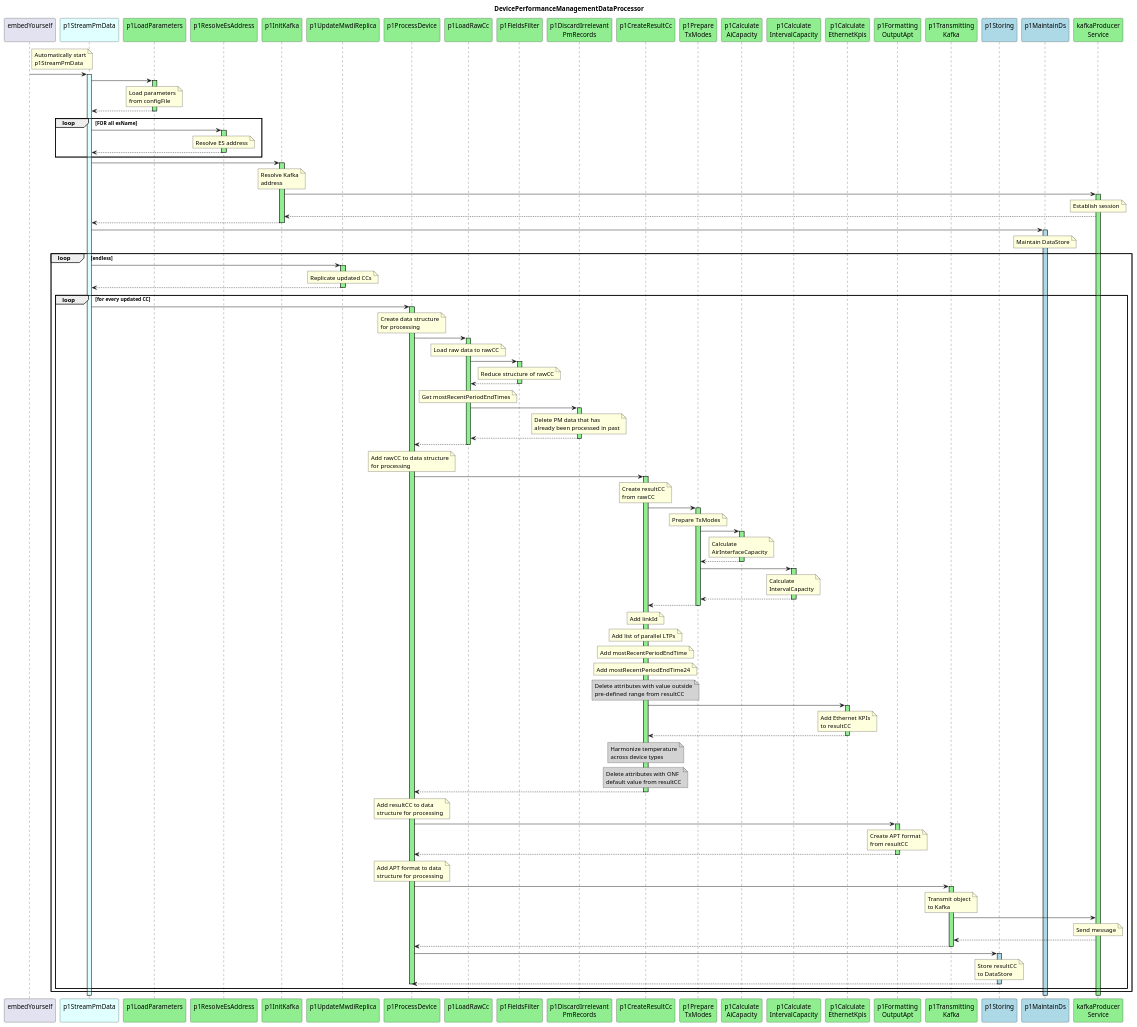
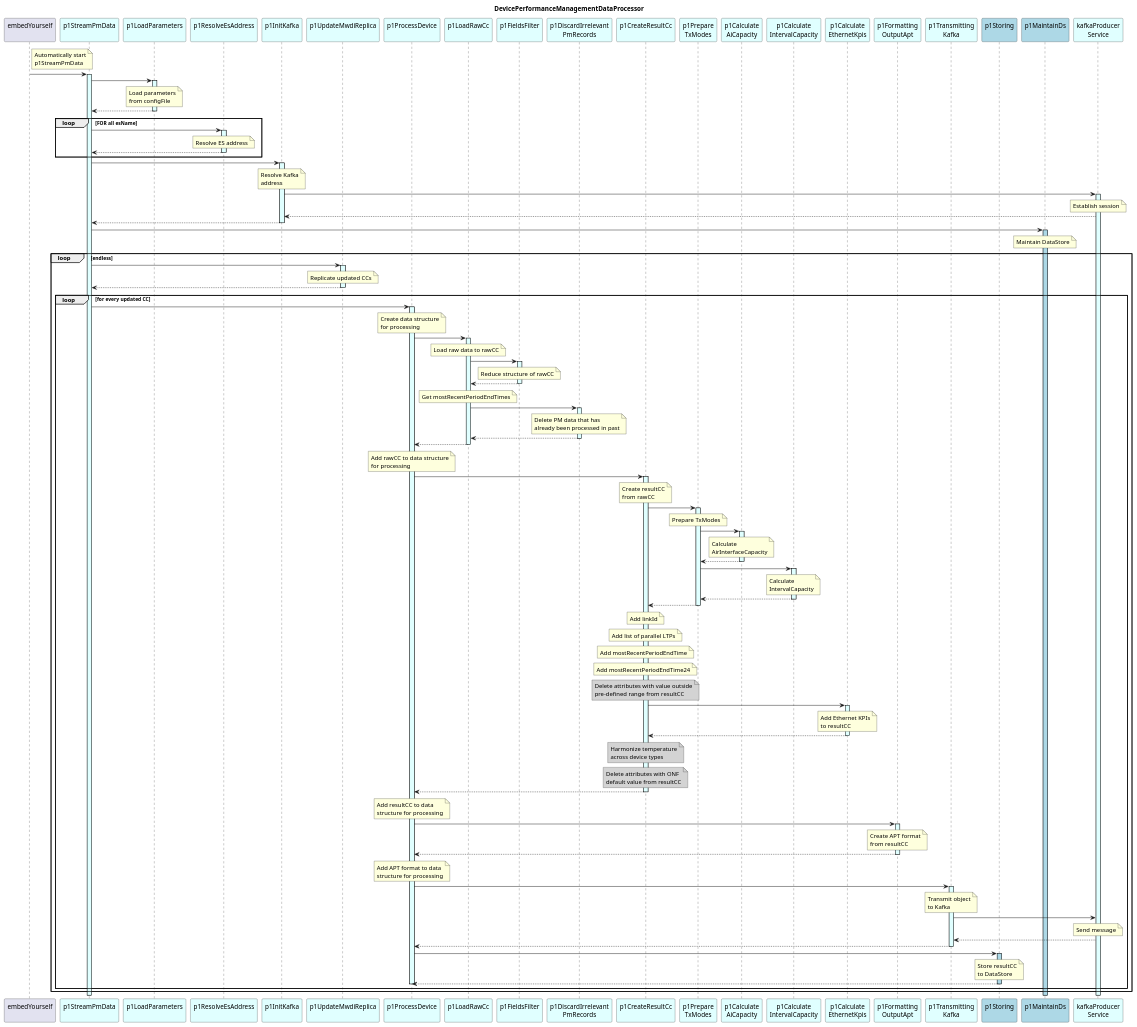
One commit to openBackhaul/DevicePerformanceManagementDataProcessor changed the diagram in spec/diagrams/hl_sequence.plantuml. Above: the diagram before and after it, drawn with PlantUML. The commit also changed 14 other files, not shown here.

```diff
--- a/spec/diagrams/hl_sequence.plantuml
+++ b/spec/diagrams/hl_sequence.plantuml
@@ -7,31 +7,31 @@
 
 participant "embedYourself\n" as embed
 participant "p1StreamPmData\n" as p1RMWDI #LightCyan
-participant "p1LoadParameters\n" as p1LoadParams #LightGreen
-participant "p1ResolveEsAddress\n" as p1REA #LightGreen
-participant "p1InitKafka\n" as p1InitKafka #LightGreen
-participant "p1UpdateMwdiReplica\n" as p1UMR #LightGreen
+participant "p1LoadParameters\n" as p1LoadParams #LightCyan
+participant "p1ResolveEsAddress\n" as p1REA #LightCyan
+participant "p1InitKafka\n" as p1InitKafka #LightCyan
+participant "p1UpdateMwdiReplica\n" as p1UMR #LightCyan
 
-participant "p1ProcessDevice\n" as p1ProcessPm #LightGreen
+participant "p1ProcessDevice\n" as p1ProcessPm #LightCyan
 
-participant "p1LoadRawCc\n" as p1AddRaw #LightGreen
-participant "p1FieldsFilter\n" as p1FieldsFilter #LightGreen
-participant "p1DiscardIrrelevant\nPmRecords" as filterPm #LightGreen
+participant "p1LoadRawCc\n" as p1AddRaw #LightCyan
+participant "p1FieldsFilter\n" as p1FieldsFilter #LightCyan
+participant "p1DiscardIrrelevant\nPmRecords" as filterPm #LightCyan
 
-participant "p1CreateResultCc\n" as p1CreateResultCC #LightGreen
-participant "p1Prepare\nTxModes" as prepTxModes #LightGreen
-participant "p1Calculate\nAiCapacity" as aiCC #LightGreen
-participant "p1Calculate\nIntervalCapacity" as intCC #LightGreen
-participant "p1Calculate\nEthernetKpis" as p1EthKpi #LightGreen
+participant "p1CreateResultCc\n" as p1CreateResultCC #LightCyan
+participant "p1Prepare\nTxModes" as prepTxModes #LightCyan
+participant "p1Calculate\nAiCapacity" as aiCC #LightCyan
+participant "p1Calculate\nIntervalCapacity" as intCC #LightCyan
+participant "p1Calculate\nEthernetKpis" as p1EthKpi #LightCyan
 
-participant "p1Formatting\nOutputApt" as p1Output #LightGreen
+participant "p1Formatting\nOutputApt" as p1Output #LightCyan
 
-participant "p1Transmitting\nKafka" as p1Trans #LightGreen
+participant "p1Transmitting\nKafka" as p1Trans #LightCyan
 
 participant "p1Storing\n" as p1Store #LightBlue
 participant "p1MaintainDs\n" as p1MDS #LightBlue
 
-participant "kafkaProducer\nService" as kafkaProd #LightGreen
+participant "kafkaProducer\nService" as kafkaProd #LightCyan
 
 note right embed
   Automatically start
@@ -43,7 +43,7 @@
 activate p1RMWDI #LightCyan
 
   p1RMWDI -> p1LoadParams
-  activate p1LoadParams #LightGreen
+  activate p1LoadParams #LightCyan
     note over p1LoadParams
       Load parameters
       from configFile
@@ -53,7 +53,7 @@
 
   Loop FOR all esName
     p1RMWDI -> p1REA
-    activate p1REA #LightGreen
+    activate p1REA #LightCyan
       note over p1REA
         Resolve ES address
       end note
@@ -63,7 +63,7 @@
   end Loop
 
   p1RMWDI -> p1InitKafka
-  activate p1InitKafka #LightGreen
+  activate p1InitKafka #LightCyan
 
     note over p1InitKafka
       Resolve Kafka
@@ -71,7 +71,7 @@
     end note
 
     p1InitKafka -> kafkaProd
-    activate kafkaProd #LightGreen
+    activate kafkaProd #LightCyan
       note over kafkaProd
         Establish session
       end note
@@ -89,7 +89,7 @@
   Loop endless
 
     p1RMWDI -> p1UMR
-    activate p1UMR #LightGreen
+    activate p1UMR #LightCyan
       note over p1UMR
         Replicate updated CCs
       end note
@@ -99,7 +99,7 @@
     Loop for every updated CC
 
       p1RMWDI -> p1ProcessPm
-      activate p1ProcessPm #LightGreen
+      activate p1ProcessPm #LightCyan
 
         note over p1ProcessPm
           Create data structure
@@ -108,7 +108,7 @@
 
         ' create RawCC ->
         p1ProcessPm -> p1AddRaw
-        activate p1AddRaw #LightGreen
+        activate p1AddRaw #LightCyan
 
           note over p1AddRaw
             Load raw data to rawCC
@@ -116,7 +116,7 @@
 
           ' apply fieldsFilter ->
           p1AddRaw -> p1FieldsFilter
-          activate p1FieldsFilter #LightGreen
+          activate p1FieldsFilter #LightCyan
 
             note over p1FieldsFilter
               Reduce structure of rawCC
@@ -131,7 +131,7 @@
 
           ' discard irrelevant PM records
           p1AddRaw -> filterPm
-          activate filterPm #LightGreen
+          activate filterPm #LightCyan
 
             note over filterPm
               Delete PM data that has
@@ -151,7 +151,7 @@
 
         ' create resultCC ->
         p1ProcessPm -> p1CreateResultCC
-        activate p1CreateResultCC #LightGreen
+        activate p1CreateResultCC #LightCyan
 
           note over p1CreateResultCC
             Create resultCC
@@ -159,14 +159,14 @@
           end note
 
           p1CreateResultCC -> prepTxModes
-          activate prepTxModes #LightGreen
+          activate prepTxModes #LightCyan
 
             note over prepTxModes
               Prepare TxModes
             end note
 
             prepTxModes -> aiCC
-            activate aiCC #LightGreen
+            activate aiCC #LightCyan
 
               note over aiCC
                 Calculate
@@ -177,7 +177,7 @@
             deactivate aiCC
 
             prepTxModes -> intCC
-            activate intCC #LightGreen
+            activate intCC #LightCyan
 
               note over intCC
                 Calculate
@@ -214,7 +214,7 @@
 
           ' get EthContainer KPIs ->
           p1CreateResultCC -> p1EthKpi
-          activate p1EthKpi #LightGreen
+          activate p1EthKpi #LightCyan
 
             note over p1EthKpi
               Add Ethernet KPIs
@@ -246,7 +246,7 @@
 
         ' Format OutputAPT ->
         p1ProcessPm -> p1Output
-        activate p1Output #LightGreen
+        activate p1Output #LightCyan
 
           note over p1Output
             Create APT format
@@ -263,7 +263,7 @@
 
         ' transmit data ->
         p1ProcessPm -> p1Trans
-        activate p1Trans #LightGreen
+        activate p1Trans #LightCyan
 
           note over p1Trans
             Transmit object
```
